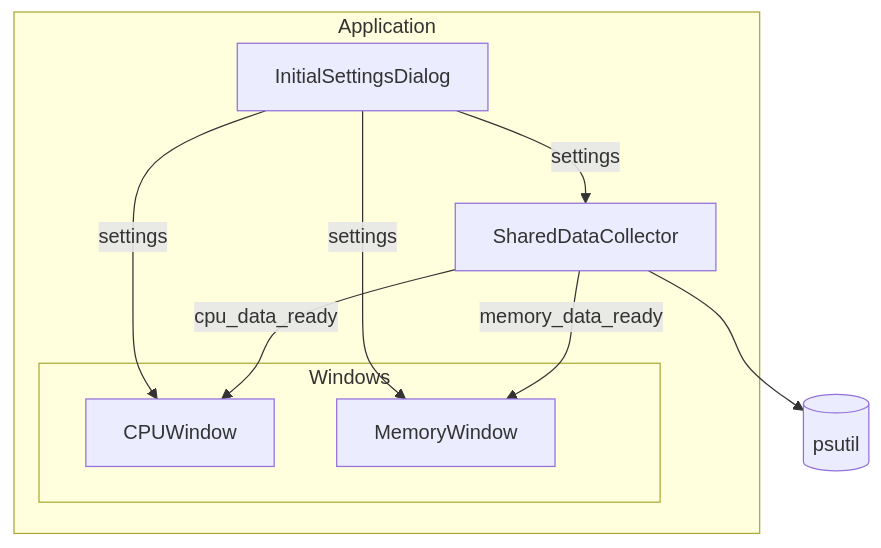
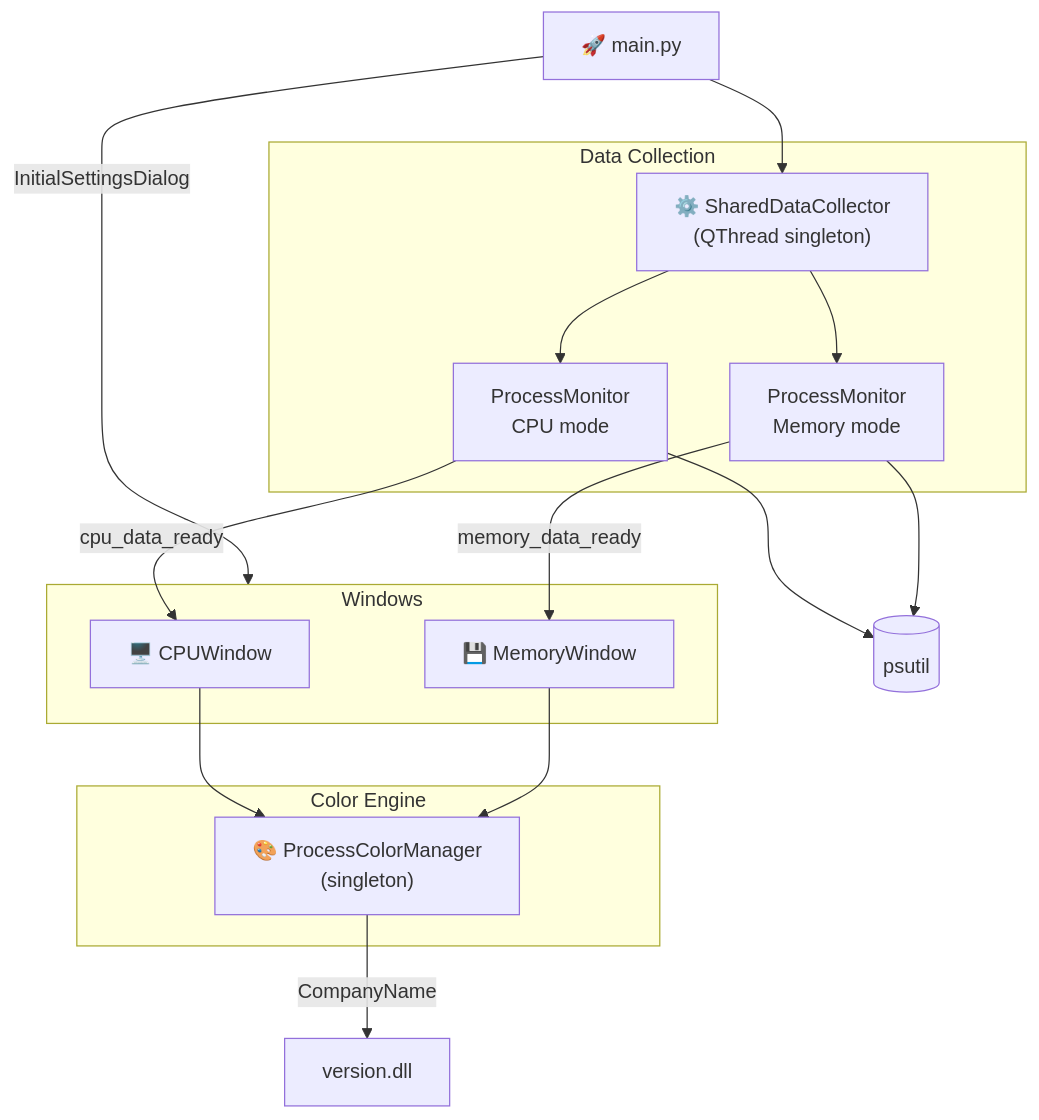
The first of 2 diagrams in README.md (UVuruna/Vitals), drawn with Mermaid before and after one commit. The commit also changed other lines of this file and 1 other file, not shown here.

Commit message:
1.1.400 Update README — visual with emojis and mermaid, bump installer to 1.1.390

````diff
--- a/README.md
+++ b/README.md
@@ -126,18 +115,31 @@
 ```mermaid
 flowchart TB
-    subgraph APP["Application"]
-        ISD[InitialSettingsDialog]
-        SDC[SharedDataCollector]
-        subgraph WINDOWS["Windows"]
-            CPU[CPUWindow]
-            MEM[MemoryWindow]
-        end
+    main["🚀 main.py"]
+
+    subgraph UI["Windows"]
+        CPU["🖥️ CPUWindow"]
+        MEM["💾 MemoryWindow"]
     end
 
-    ISD -->|settings| SDC
-    ISD -->|settings| CPU
-    ISD -->|settings| MEM
-    SDC -->|cpu_data_ready| CPU
-    SDC -->|memory_data_ready| MEM
-    SDC --> psutil[(psutil)]
+    subgraph COLLECT["Data Collection"]
+        SDC["⚙️ SharedDataCollector\n(QThread singleton)"]
+        PM1["ProcessMonitor\nCPU mode"]
+        PM2["ProcessMonitor\nMemory mode"]
+    end
+
+    subgraph COLORS["Color Engine"]
+        PCM["🎨 ProcessColorManager\n(singleton)"]
+    end
+
+    main -->|InitialSettingsDialog| UI
+    main --> SDC
+    SDC --> PM1
+    SDC --> PM2
+    PM1 -->|cpu_data_ready| CPU
+    PM2 -->|memory_data_ready| MEM
+    CPU --> PCM
+    MEM --> PCM
+    PM1 --> psutil[(psutil)]
+    PM2 --> psutil
+    PCM -->|CompanyName| ver["version.dll"]
 ```
````
